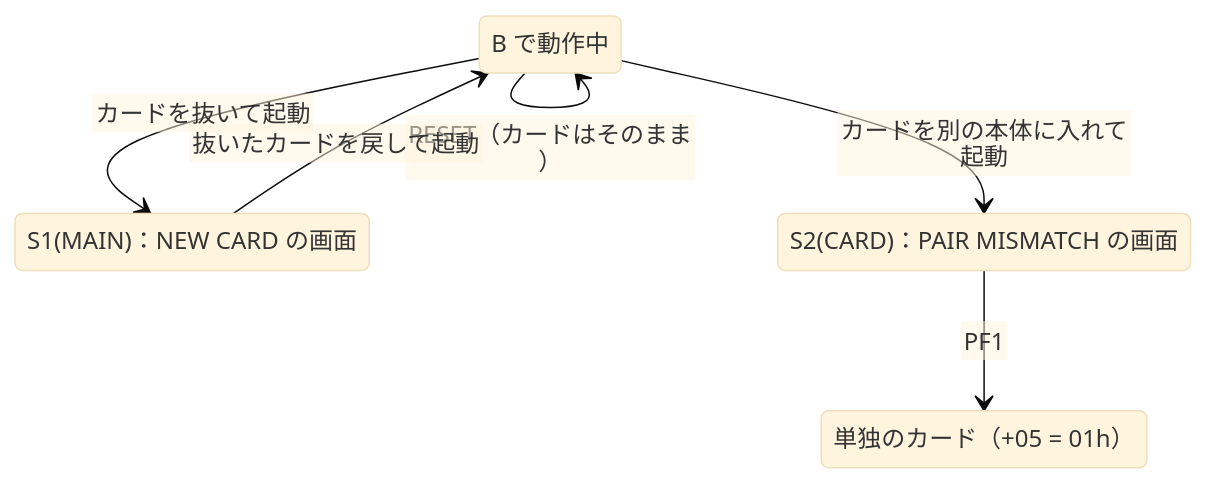
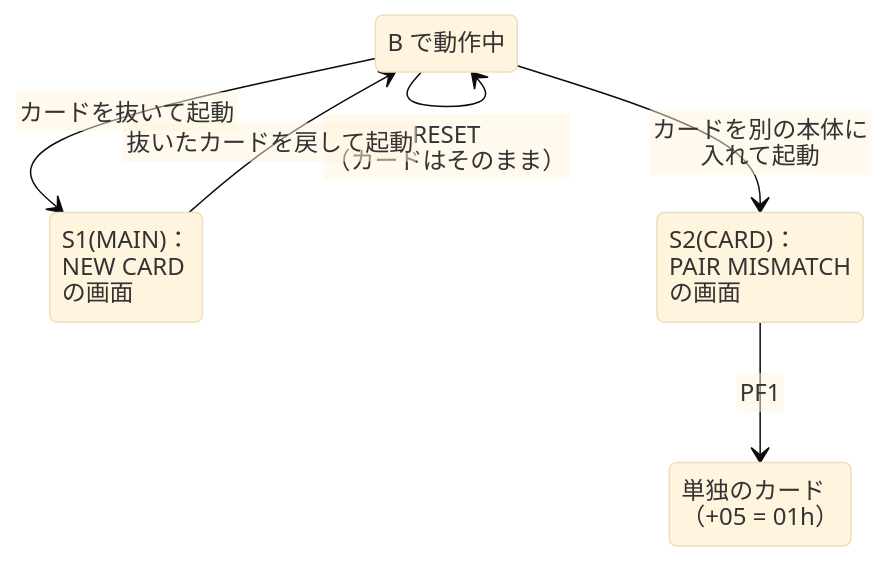
One commit to litchi-gh/pc-e500_tools changed the third of 6 diagrams in docs/analysis/05_CARD_SLOT.md. Above: the diagram before and after it, drawn with Mermaid (base theme). The commit also changed other lines of this file and 14 other files, not shown here.

First line of the commit message:
Docs: wrap state diagram and timeline labels by hand

````diff
--- a/docs/analysis/05_CARD_SLOT.md
+++ b/docs/analysis/05_CARD_SLOT.md
@@ -397,13 +397,13 @@
 ```mermaid
 %%{init: {"htmlLabels": false, "flowchart": {"htmlLabels": false, "wrappingWidth": 1000}}}%%
 stateDiagram-v2
     B: B で動作中
-    N: S1(MAIN)：NEW CARD の画面
-    P: S2(CARD)：PAIR MISMATCH の画面
-    X: 単独のカード（+05 = 01h）
-    B --> B: RESET（カードはそのまま）
+    N: S1(MAIN)：<br>NEW CARD<br>の画面
+    P: S2(CARD)：<br>PAIR MISMATCH<br>の画面
+    X: 単独のカード<br>（+05 = 01h）
+    B --> B: RESET<br>（カードはそのまま）
     B --> N: カードを抜いて起動
     N --> B: 抜いたカードを戻して起動
-    B --> P: カードを別の本体に入れて起動
+    B --> P: カードを別の本体に<br>入れて起動
     P --> X: PF1
 ```
````
